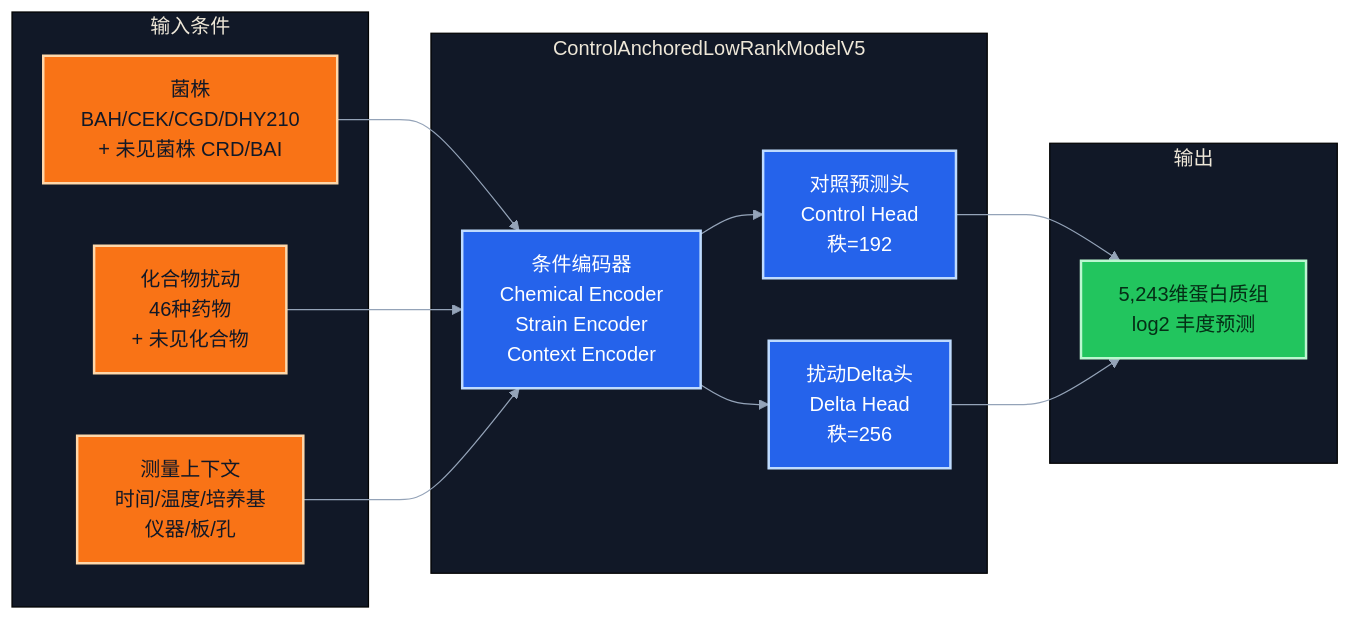
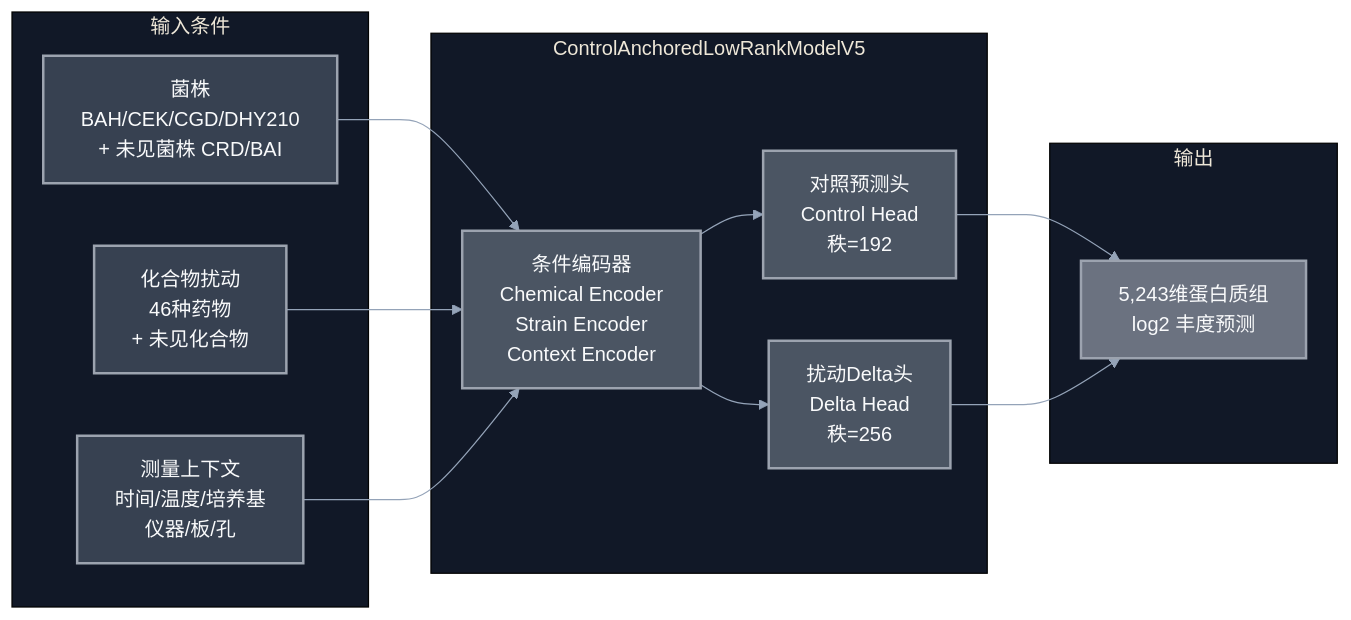
Before and after one commit to ibh4/goai-virtual-yeast-model: the first of 4 diagrams in README.md, drawn with Mermaid. The commit also changed other lines of this file, not shown here.

````diff
--- a/README.md
+++ b/README.md
@@ -38,31 +38,31 @@
 ```mermaid
 %%{init: {"theme": "base", "themeVariables": {"fontFamily": "Inter, Microsoft YaHei, sans-serif", "background": "#0B1020", "primaryColor": "#172554", "primaryTextColor": "#F8FAFC", "primaryBorderColor": "#38BDF8", "lineColor": "#94A3B8", "tertiaryColor": "#111827"}}}%%
 flowchart LR
     subgraph I[输入条件]
         STRAIN[菌株<br/>BAH/CEK/CGD/DHY210<br/>+ 未见菌株 CRD/BAI]:::input
         DRUG[化合物扰动<br/>46种药物<br/>+ 未见化合物]:::input
         CTX[测量上下文<br/>时间/温度/培养基<br/>仪器/板/孔]:::input
     end
 
     subgraph M[ControlAnchoredLowRankModelV5]
         ENC[条件编码器<br/>Chemical Encoder<br/>Strain Encoder<br/>Context Encoder]:::model
         CTRL[对照预测头<br/>Control Head<br/>秩=192]:::model
         DELTA[扰动Delta头<br/>Delta Head<br/>秩=256]:::model
     end
 
     subgraph O[输出]
         PRED[5,243维蛋白质组<br/>log2 丰度预测]:::output
     end
 
     STRAIN --> ENC
     DRUG --> ENC
     CTX --> ENC
     ENC --> CTRL
     ENC --> DELTA
     CTRL --> PRED
     DELTA --> PRED
 
-    classDef input fill:#F97316,stroke:#FED7AA,color:#111827,stroke-width:2px;
-    classDef model fill:#2563EB,stroke:#BFDBFE,color:#FFFFFF,stroke-width:2px;
-    classDef output fill:#22C55E,stroke:#BBF7D0,color:#052E16,stroke-width:2px;
+    classDef input fill:#374151,stroke:#9CA3AF,color:#F9FAFB,stroke-width:2px;
+    classDef model fill:#4B5563,stroke:#9CA3AF,color:#F9FAFB,stroke-width:2px;
+    classDef output fill:#6B7280,stroke:#9CA3AF,color:#F9FAFB,stroke-width:2px;
 ```
````
